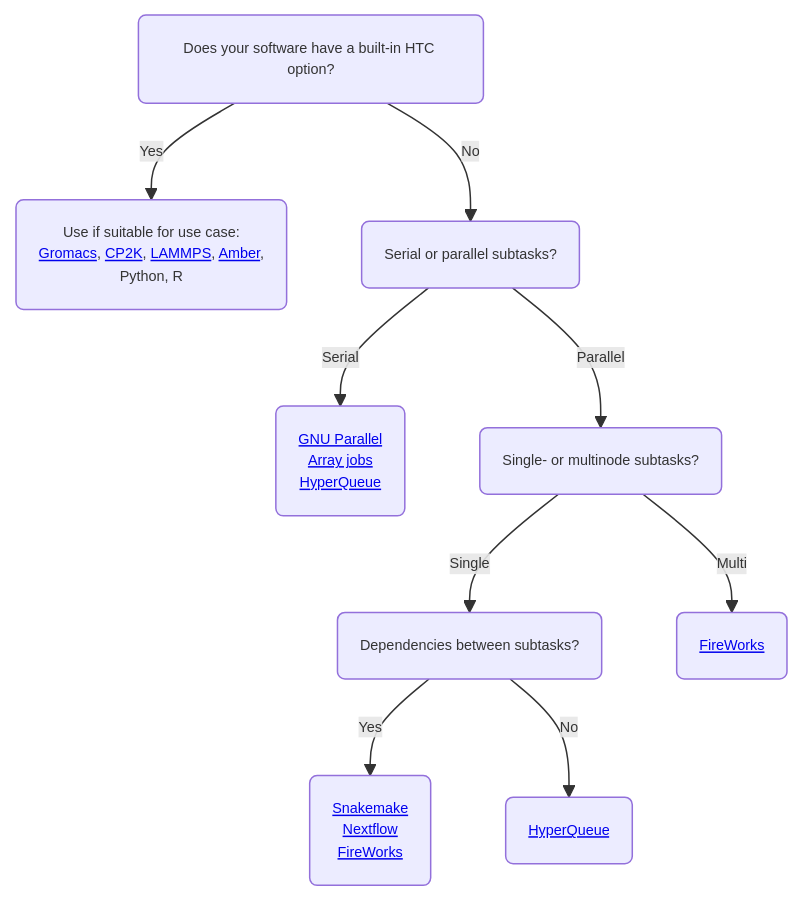
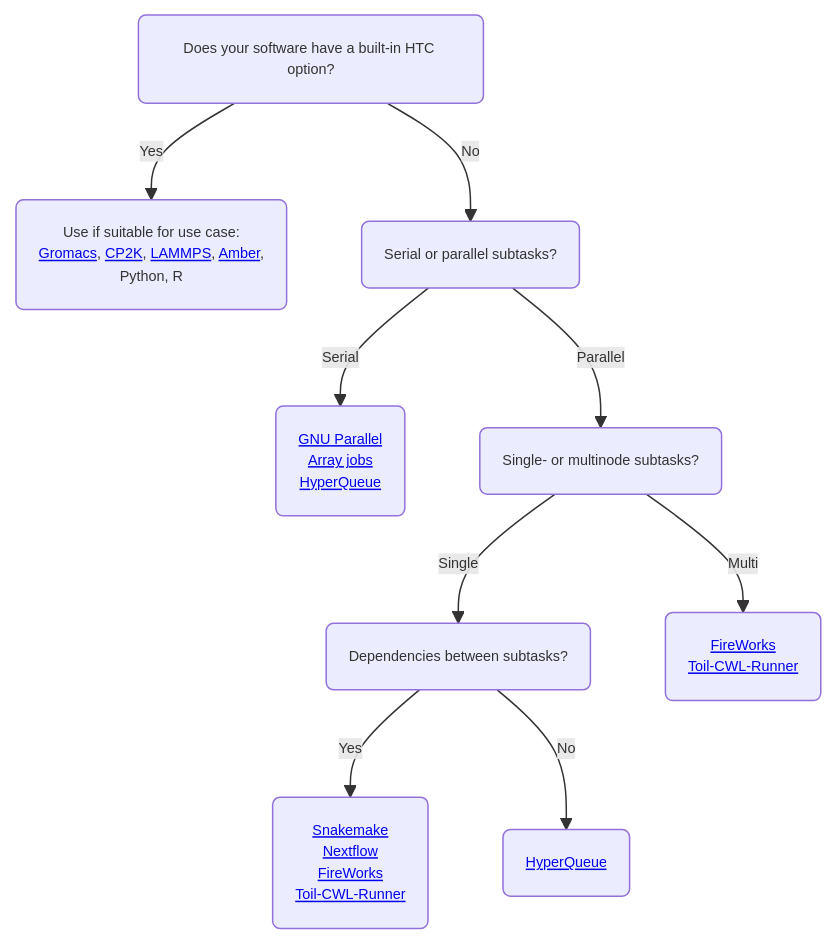
One commit to CSCfi/csc-user-guide changed the first of 2 diagrams in docs/computing/running/throughput.md. Above: the diagram before and after it, drawn with Mermaid. The commit also changed other lines of this file and 1 other file, not shown here.

Commit message:
add links

````diff
--- a/docs/computing/running/throughput.md
+++ b/docs/computing/running/throughput.md
@@ -53,12 +53,12 @@
 ```mermaid
 %%{init: {'theme': 'default', 'themeVariables': { 'fontSize': '0.6rem'}}}%%
 graph TD
     C(Does your software have a built-in HTC option?) -->|Yes| D("Use if suitable for use case:<br><a href='/support/tutorials/gromacs-throughput/'>Gromacs</a>, <a href='/apps/cp2k/#high-throughput-computing-with-cp2k'>CP2K</a>, <a href='/apps/lammps/#high-throughput-computing-with-lammps'>LAMMPS</a>, <a href='/apps/amber/#high-throughput-computing-with-amber'>Amber</a>,<br> Python, R ")
     C -->|No| E(Serial or parallel subtasks?)
     E -->|Serial| F(<a href='/support/tutorials/many/'>GNU Parallel</a><br><a href='/computing/running/array-jobs/'>Array jobs</a><br><a href='/apps/hyperqueue/'>HyperQueue</a>)
     E -->|Parallel| G(Single- or multinode subtasks?)
     G -->|Single| H(Dependencies between subtasks?)
-    G -->|Multi| I(<a href='/computing/running/fireworks/'>FireWorks</a>)
-    H -->|Yes| J(<a href='https://snakemake.readthedocs.io/en/stable/'>Snakemake</a><br><a href='/support/tutorials/nextflow-puhti/'>Nextflow</a><br><a href='/computing/running/fireworks/'>FireWorks</a>)
+    G -->|Multi| I(<a href='/computing/running/fireworks/'>FireWorks</a><br><a href='/computing/running/toil-cwl-runner/'>Toil-CWL-Runner</a>)
+    H -->|Yes| J(<a href='https://snakemake.readthedocs.io/en/stable/'>Snakemake</a><br><a href='/support/tutorials/nextflow-puhti/'>Nextflow</a><br><a href='/computing/running/fireworks/'>FireWorks</a><br><a href='/computing/running/toil-cwl-runner/'>Toil-CWL-Runner</a>)
     H -->|No| K(<a href='/apps/hyperqueue/'>HyperQueue</a>)
 ```
````
